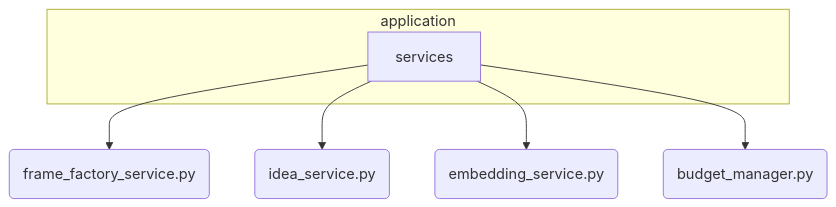
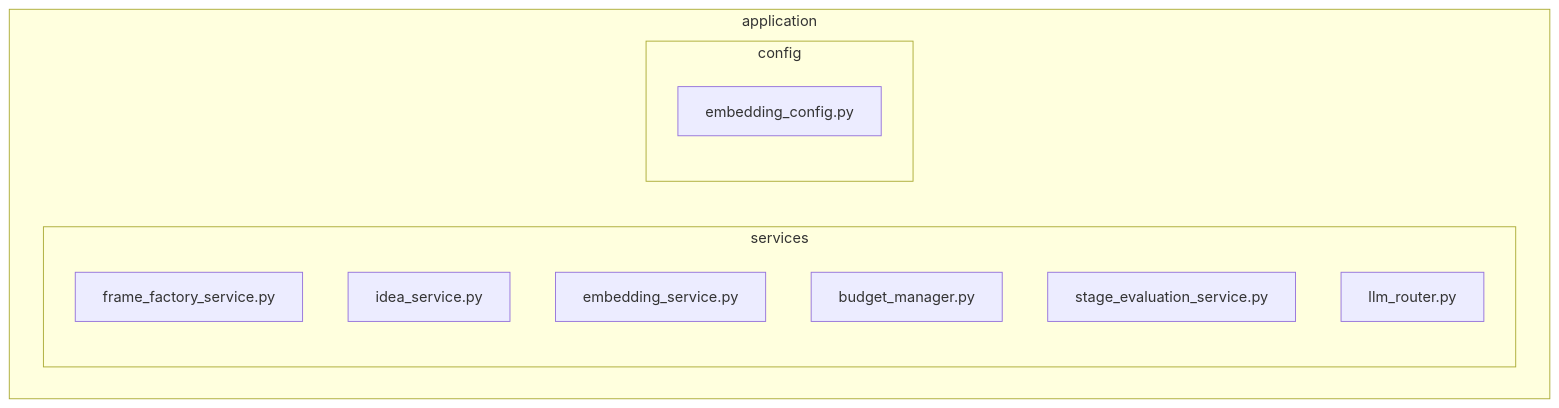
One commit to reese-001/nireon_v4 changed the diagram in documentation/developer_docs/subsystems/Application_Services/README.md. Above: the diagram before and after it, drawn with Mermaid. The commit also changed other lines of this file and 323 other files, not shown here.

````diff
--- a/documentation/developer_docs/subsystems/Application_Services/README.md
+++ b/documentation/developer_docs/subsystems/Application_Services/README.md
@@ -28,11 +58,16 @@
 ```mermaid
 graph TD
-    subgraph ApplicationServices [application]
-        A[services]
+    subgraph Application [application]
+        subgraph Services [services]
+            A[frame_factory_service.py]
+            B[idea_service.py]
+            C[embedding_service.py]
+            D[budget_manager.py]
+            E[stage_evaluation_service.py]
+            F[llm_router.py]
+        end
+        subgraph Configuration [config]
+            G[embedding_config.py]
+        end
     end
-
-    A --> B(frame_factory_service.py)
-    A --> C(idea_service.py)
-    A --> D(embedding_service.py)
-    A --> E(budget_manager.py)
 ```
````
